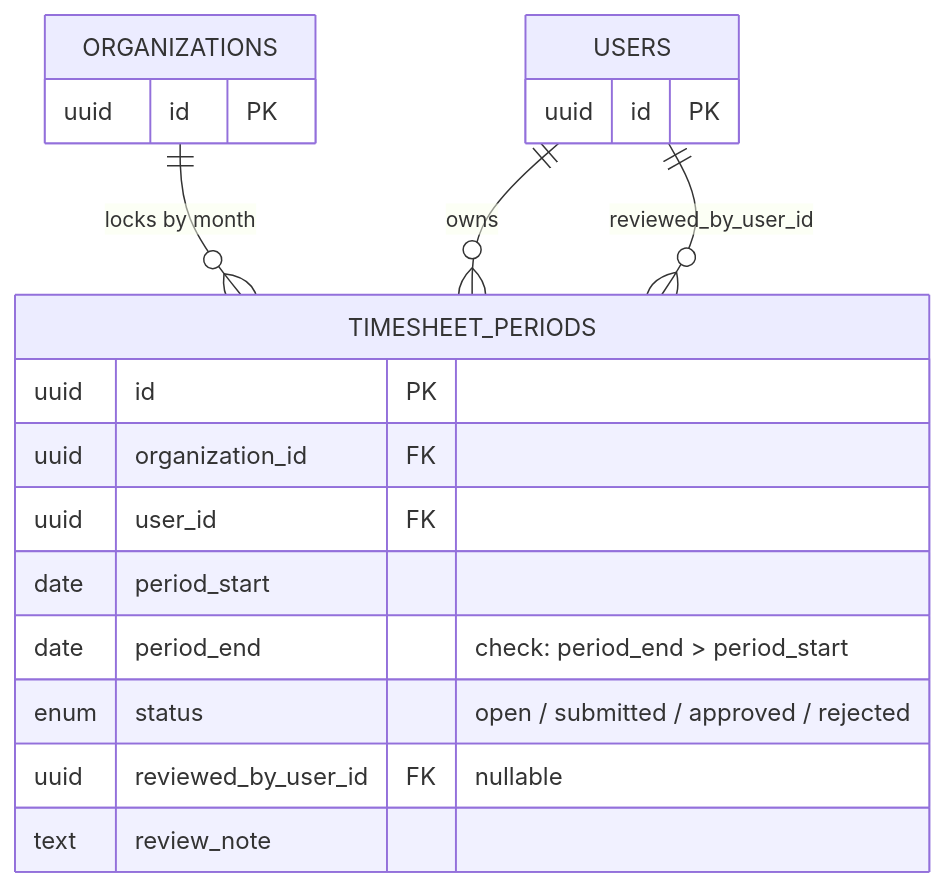
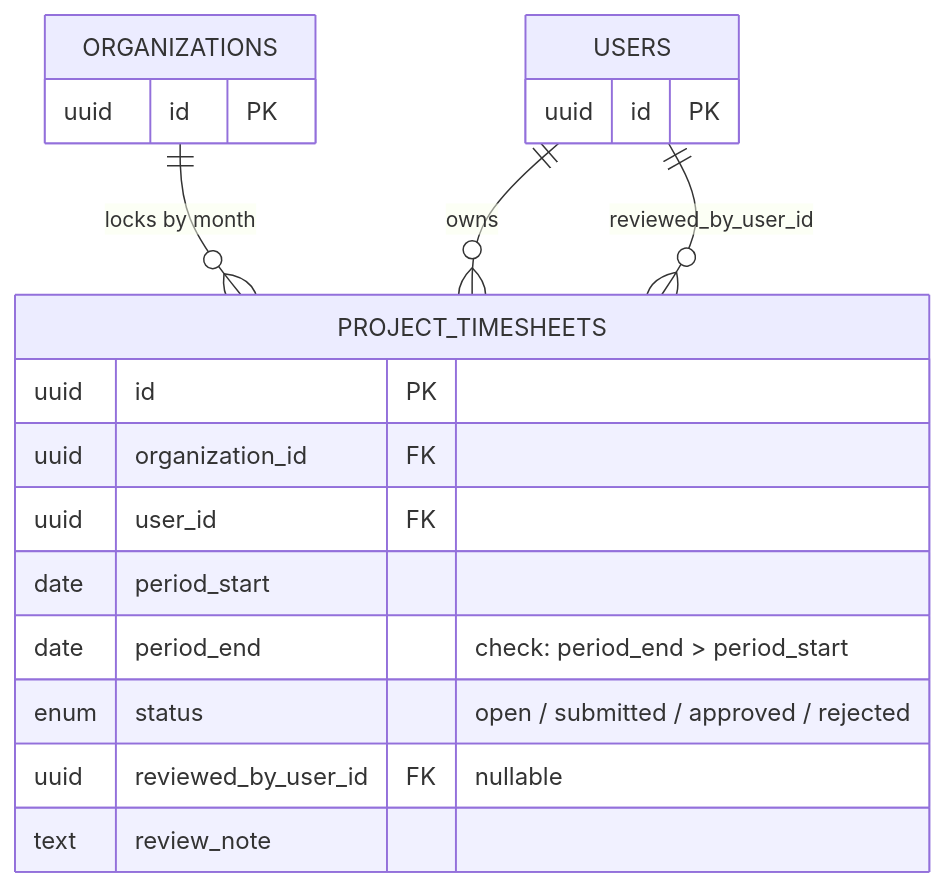
The sixth of 13 diagrams in docs/DATABASE_SCHEMA.md (fporoli/worktime3), drawn with Mermaid before and after one commit. The commit also changed other lines of this file and 12 other files, not shown here.

First line of the commit message:
Rename timesheet_periods to project_timesheets and update related references

````diff
--- a/docs/DATABASE_SCHEMA.md
+++ b/docs/DATABASE_SCHEMA.md
@@ -239,19 +239,19 @@
 ```mermaid
 erDiagram
-    ORGANIZATIONS ||--o{ TIMESHEET_PERIODS : "locks by month"
-    USERS ||--o{ TIMESHEET_PERIODS : "owns"
-    USERS ||--o{ TIMESHEET_PERIODS : "reviewed_by_user_id"
+    ORGANIZATIONS ||--o{ PROJECT_TIMESHEETS : "locks by month"
+    USERS ||--o{ PROJECT_TIMESHEETS : "owns"
+    USERS ||--o{ PROJECT_TIMESHEETS : "reviewed_by_user_id"
 
-    TIMESHEET_PERIODS {
+    PROJECT_TIMESHEETS {
         uuid id PK
         uuid organization_id FK
         uuid user_id FK
         date period_start
         date period_end "check: period_end > period_start"
         enum status "open / submitted / approved / rejected"
         uuid reviewed_by_user_id FK "nullable"
         text review_note
     }
     ORGANIZATIONS { uuid id PK }
     USERS { uuid id PK }
 ```
````
